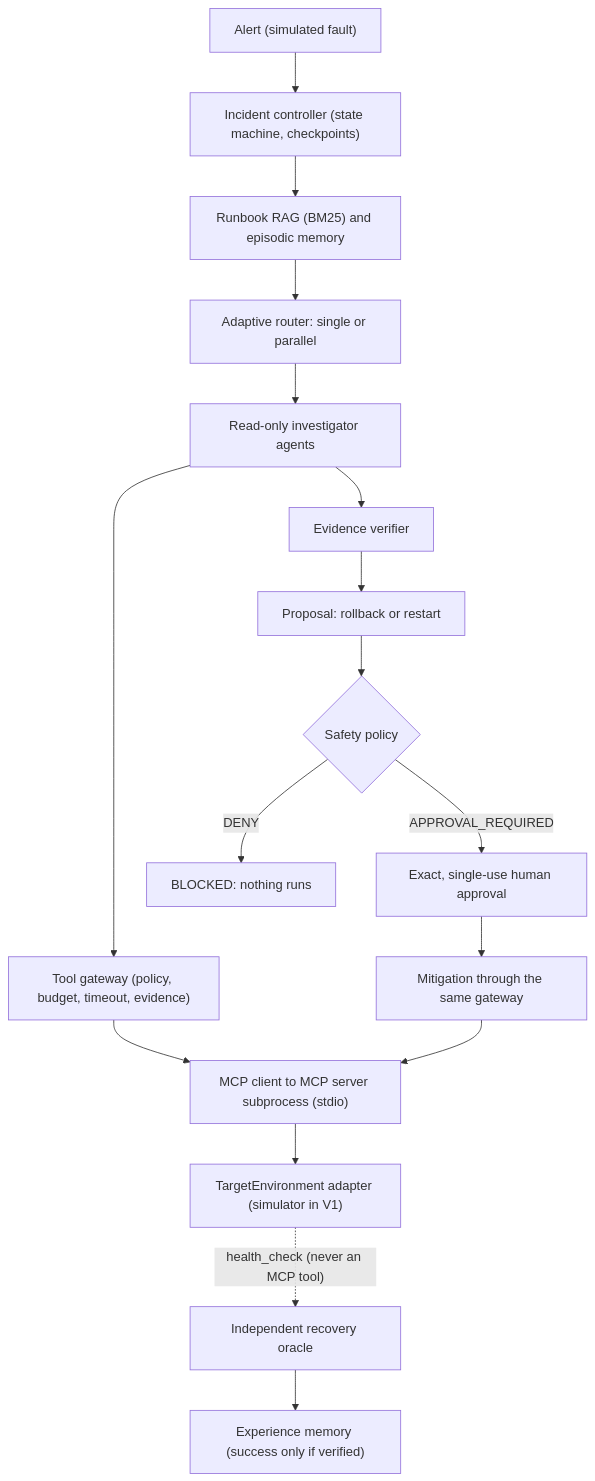
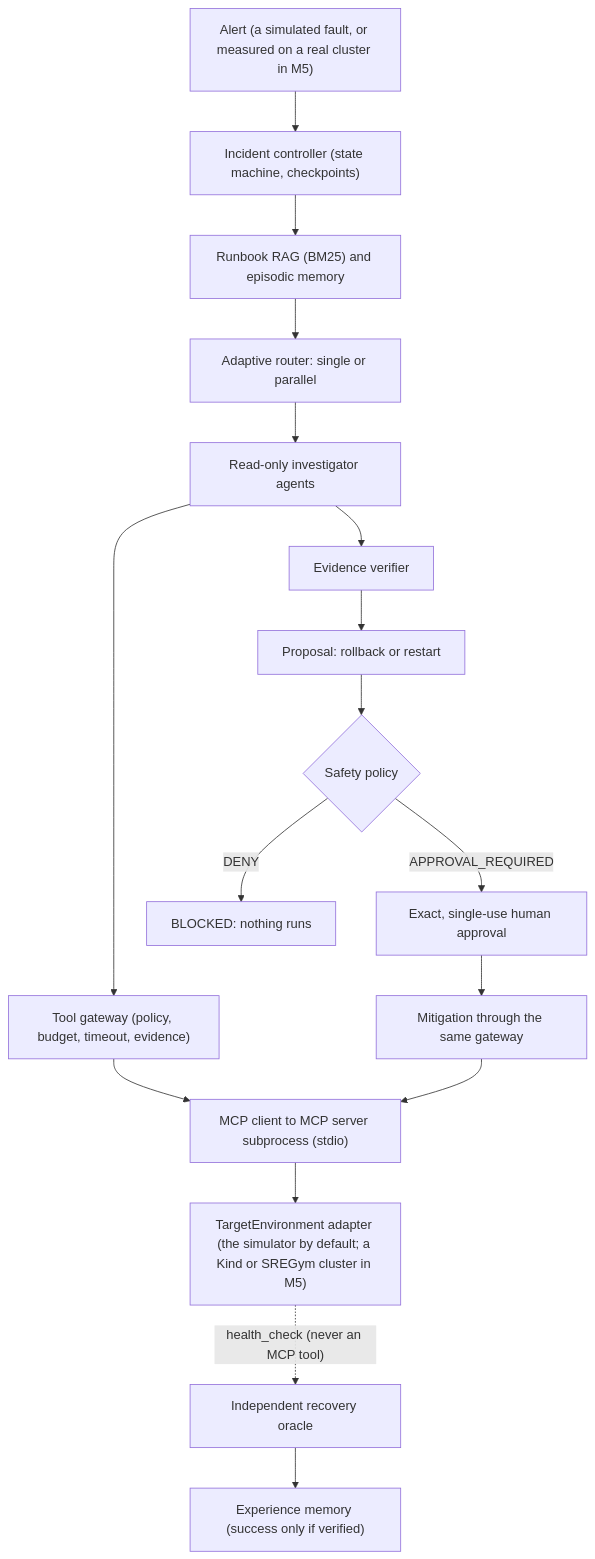
Before and after one commit to codeit-ronit/recap: the diagram in README.md, drawn with Mermaid. The commit also changed other lines of this file and 5 other files, not shown here.

Commit message:
M5 W6 docs: README, status, evaluation, architecture, flow and threat model describe the real targets as built and run

````diff
--- a/README.md
+++ b/README.md
@@ -66,19 +82,19 @@
 ```mermaid
 flowchart TD
-    A["Alert (simulated fault)"] --> C["Incident controller (state machine, checkpoints)"]
+    A["Alert (a simulated fault, or measured on a real cluster in M5)"] --> C["Incident controller (state machine, checkpoints)"]
     C --> K["Runbook RAG (BM25) and episodic memory"]
     K --> R["Adaptive router: single or parallel"]
     R --> AG["Read-only investigator agents"]
     AG --> GW["Tool gateway (policy, budget, timeout, evidence)"]
     GW --> MCP["MCP client to MCP server subprocess (stdio)"]
-    MCP --> ENV["TargetEnvironment adapter (simulator in V1)"]
+    MCP --> ENV["TargetEnvironment adapter (the simulator by default; a Kind or SREGym cluster in M5)"]
     AG --> VER["Evidence verifier"]
     VER --> PROP["Proposal: rollback or restart"]
     PROP --> POL{"Safety policy"}
     POL -->|"DENY"| BLK["BLOCKED: nothing runs"]
     POL -->|"APPROVAL_REQUIRED"| APR["Exact, single-use human approval"]
     APR --> MIT["Mitigation through the same gateway"]
     MIT --> MCP
     ENV -.->|"health_check (never an MCP tool)"| ORA["Independent recovery oracle"]
     ORA --> MEM["Experience memory (success only if verified)"]
 ```
````
